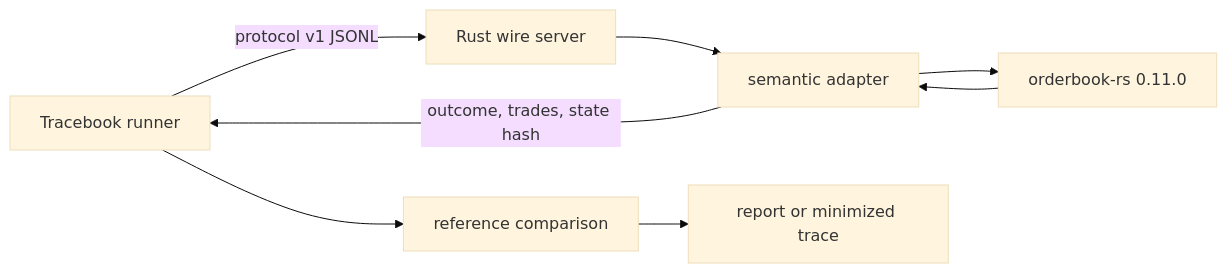
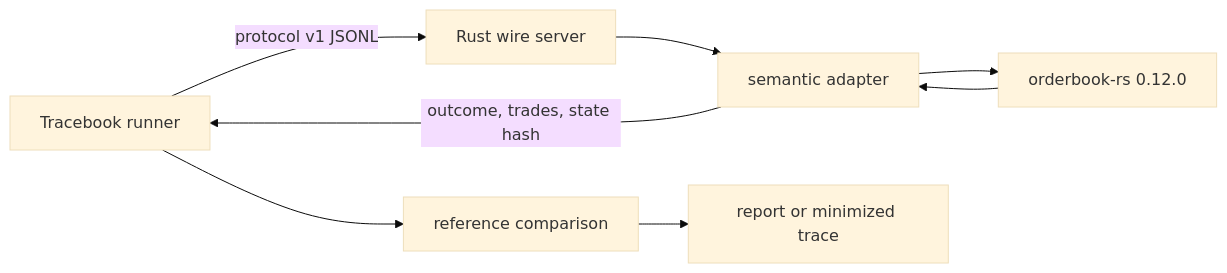
The diagram in integrations/orderbook_rs/README.md (Taz33m/tracebook), drawn with Mermaid (base theme) before and after one commit. The commit also changed other lines of this file and 15 other files, not shown here.

````diff
--- a/integrations/orderbook_rs/README.md
+++ b/integrations/orderbook_rs/README.md
@@ -21,10 +21,10 @@
 ```mermaid
 flowchart LR
     T["Tracebook runner"] -->|"protocol v1 JSONL"| W["Rust wire server"]
     W --> A["semantic adapter"]
-    A --> E["orderbook-rs 0.11.0"]
+    A --> E["orderbook-rs 0.12.0"]
     E --> A
     A -->|"outcome, trades, state hash"| T
     T --> D["reference comparison"]
     D --> R["report or minimized trace"]
 ```
````
